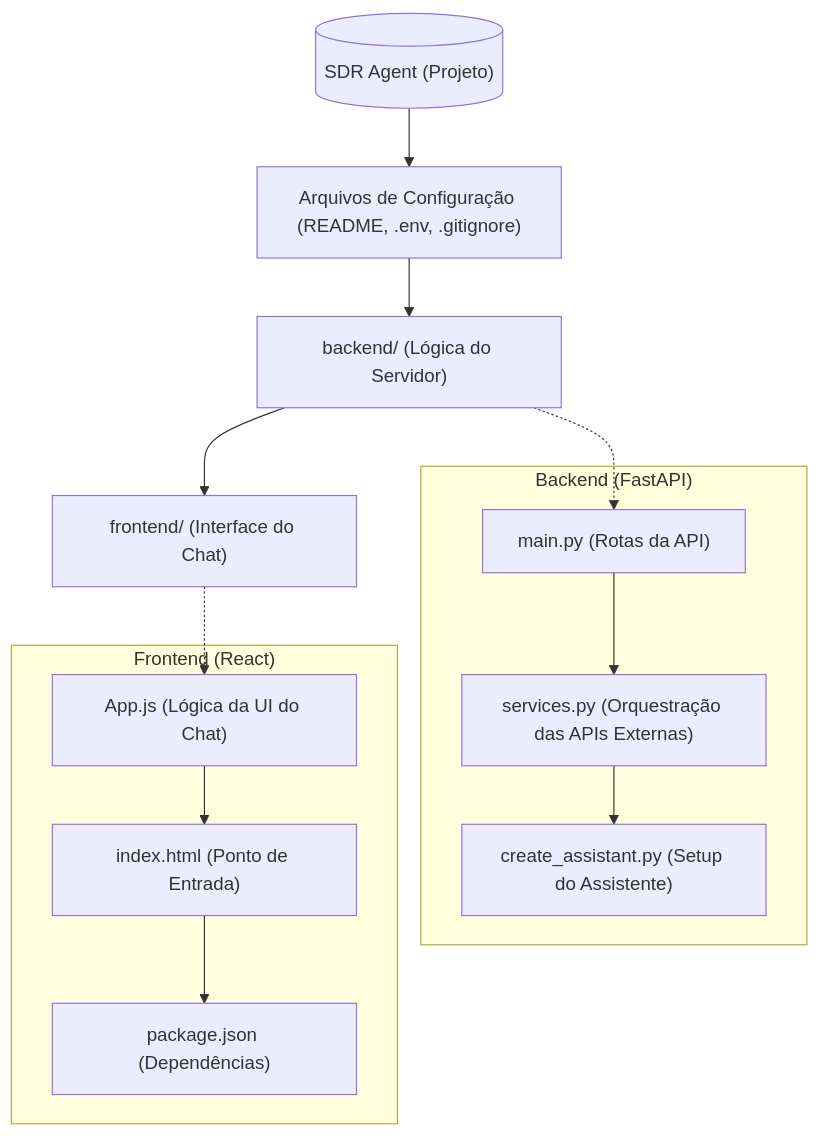
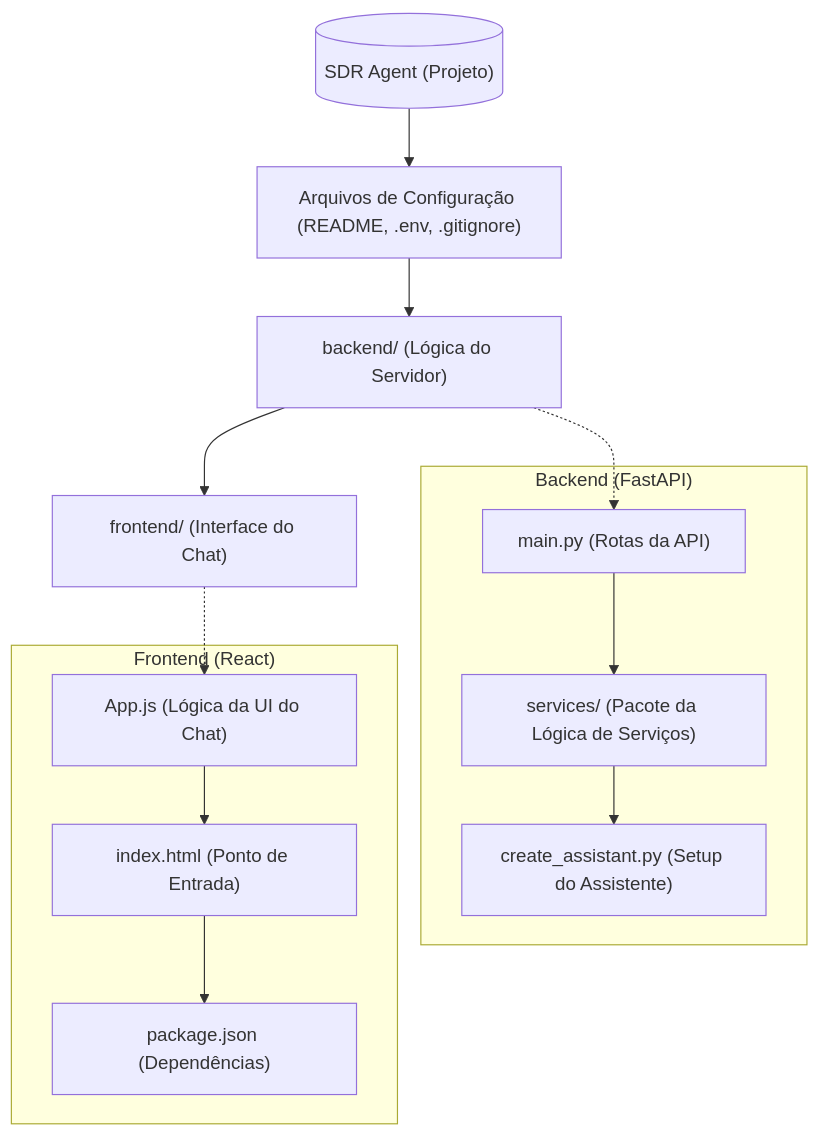
One commit to Oseiasdfarias/oseias_desafio_elite_dev_ia changed the first of 2 diagrams in README.md. Above: the diagram before and after it, drawn with Mermaid. The commit also changed other lines of this file and 10 other files, not shown here.

````diff
--- a/README.md
+++ b/README.md
@@ -25,36 +25,36 @@
 ```mermaid
 graph TD
     A[("SDR Agent (Projeto)")]
 
     %% Fluxo Vertical Encadeado
     A --> B["Arquivos de Configuração (README, .env, .gitignore)"]
     B --> F["backend/ (Lógica do Servidor)"]
     F --> G["frontend/ (Interface do Chat)"]
 
     %% Detalhes do Backend
     subgraph "Backend (FastAPI)"
         F1["main.py (Rotas da API)"]
-        F2["services.py (Orquestração das APIs Externas)"]
+        F2["services/ (Pacote da Lógica de Serviços)"]
         F3["create_assistant.py (Setup do Assistente)"]
         
         %% Links verticais dentro do subgraph
         F1 --> F2 --> F3
     end
     
     %% Link de contenção (pontilhado)
     F -.-> F1
 
     %% Detalhes do Frontend
     subgraph "Frontend (React)"
         G1["App.js (Lógica da UI do Chat)"]
         G2["index.html (Ponto de Entrada)"]
         G3["package.json (Dependências)"]
         
         %% Links verticais dentro do subgraph
         G1 --> G2 --> G3
     end
     
     %% Link de contenção (pontilhado)
     G -.-> G1
 
 ```
````
